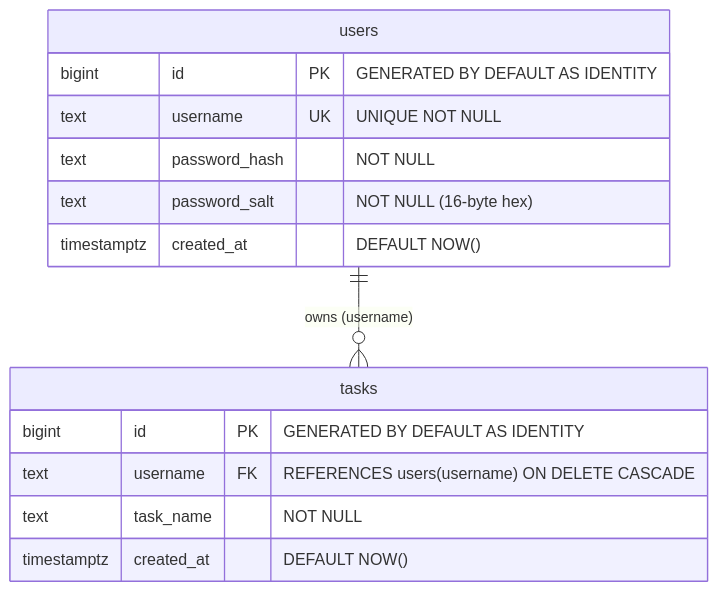
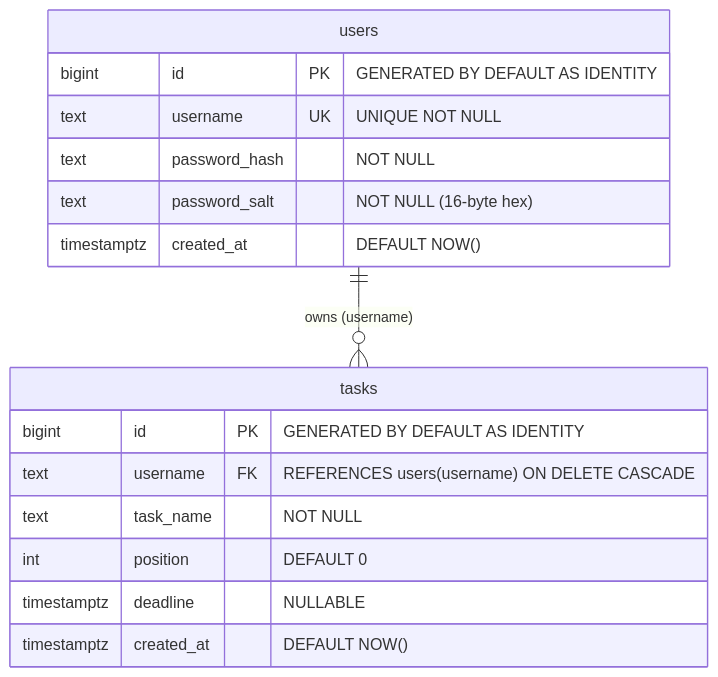
One commit to mizan-mondal/todocli changed the second of 8 diagrams in DOCUMENTATION.md. Above: the diagram before and after it, drawn with Mermaid. The commit also changed other lines of this file and 11 other files, not shown here.

````diff
--- a/DOCUMENTATION.md
+++ b/DOCUMENTATION.md
@@ -190,17 +191,19 @@
 ```mermaid
 erDiagram
     users ||--o{ tasks : "owns (username)"
     users {
         bigint id PK "GENERATED BY DEFAULT AS IDENTITY"
         text username UK "UNIQUE NOT NULL"
         text password_hash "NOT NULL"
         text password_salt "NOT NULL (16-byte hex)"
         timestamptz created_at "DEFAULT NOW()"
     }
     tasks {
         bigint id PK "GENERATED BY DEFAULT AS IDENTITY"
         text username FK "REFERENCES users(username) ON DELETE CASCADE"
         text task_name "NOT NULL"
+        int position "DEFAULT 0"
+        timestamptz deadline "NULLABLE"
         timestamptz created_at "DEFAULT NOW()"
     }
 ```
````
